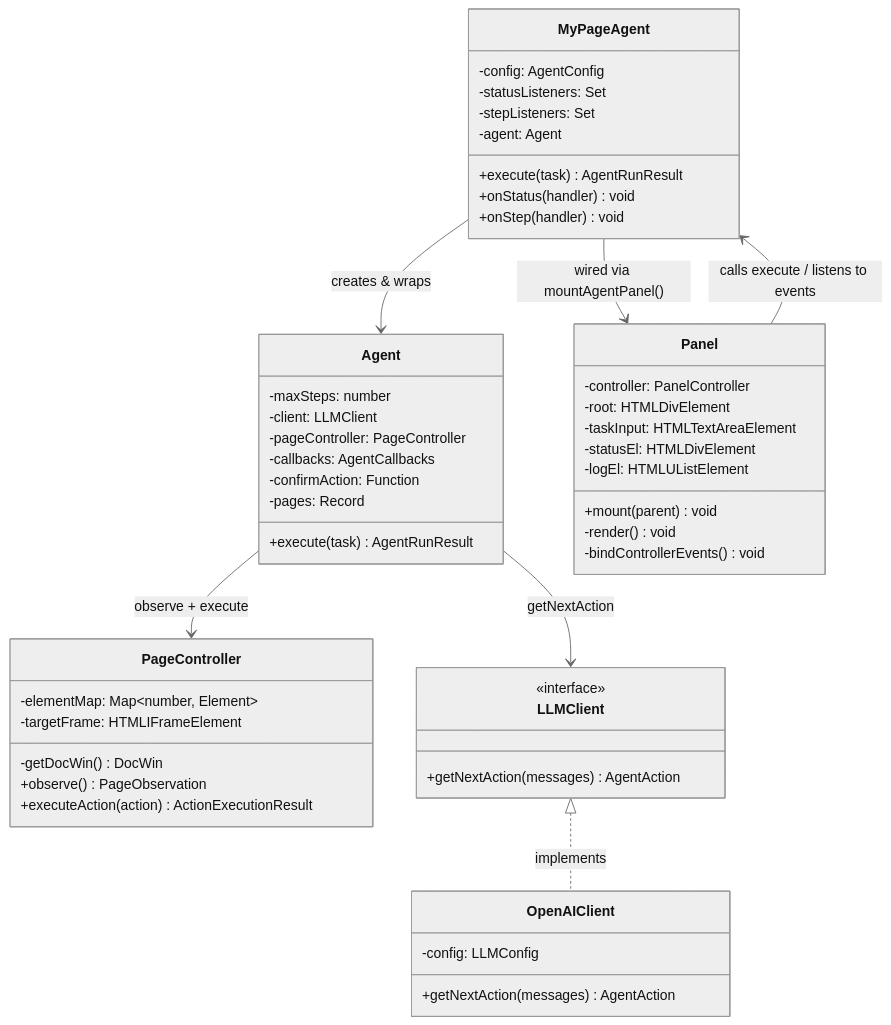
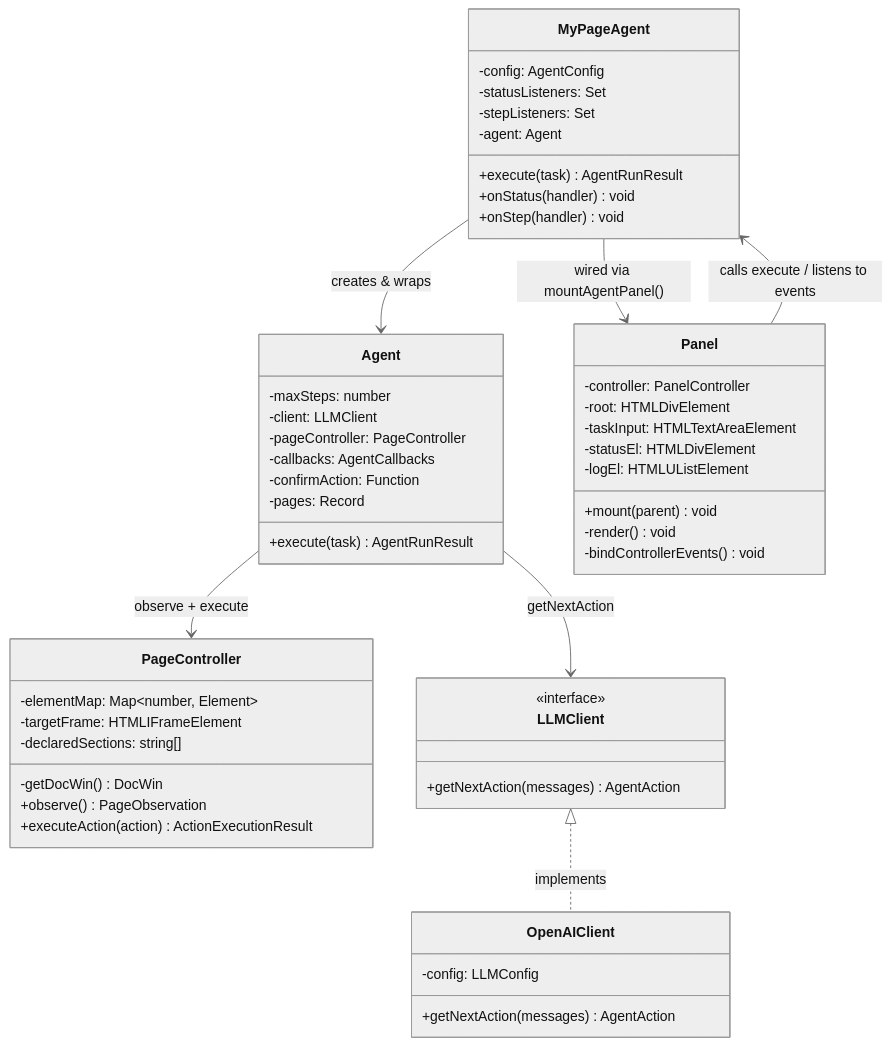
The second of 6 diagrams in ARCHITECTURE.md (abd-maqableh/my-page-agent), drawn with Mermaid (neutral theme) before and after one commit. The commit also changed other lines of this file and 15 other files, not shown here.

````diff
--- a/ARCHITECTURE.md
+++ b/ARCHITECTURE.md
@@ -120,58 +120,59 @@
 ```mermaid
 classDiagram
     class MyPageAgent {
         -config: AgentConfig
         -statusListeners: Set
         -stepListeners: Set
         -agent: Agent
         +execute(task) AgentRunResult
         +onStatus(handler) void
         +onStep(handler) void
     }
 
     class Agent {
         -maxSteps: number
         -client: LLMClient
         -pageController: PageController
         -callbacks: AgentCallbacks
         -confirmAction: Function
         -pages: Record
         +execute(task) AgentRunResult
     }
 
     class PageController {
         -elementMap: Map~number, Element~
         -targetFrame: HTMLIFrameElement
+        -declaredSections: string[]
         -getDocWin() DocWin
         +observe() PageObservation
         +executeAction(action) ActionExecutionResult
     }
 
     class OpenAIClient {
         -config: LLMConfig
         +getNextAction(messages) AgentAction
     }
 
     class Panel {
         -controller: PanelController
         -root: HTMLDivElement
         -taskInput: HTMLTextAreaElement
         -statusEl: HTMLDivElement
         -logEl: HTMLUListElement
         +mount(parent) void
         -render() void
         -bindControllerEvents() void
     }
 
     class LLMClient {
         <<interface>>
         +getNextAction(messages) AgentAction
     }
 
     MyPageAgent --> Agent : creates & wraps
     MyPageAgent --> Panel : wired via mountAgentPanel()
     Agent --> PageController : observe + execute
     Agent --> LLMClient : getNextAction
     LLMClient <|.. OpenAIClient : implements
     Panel --> MyPageAgent : calls execute / listens to events
 ```
````
